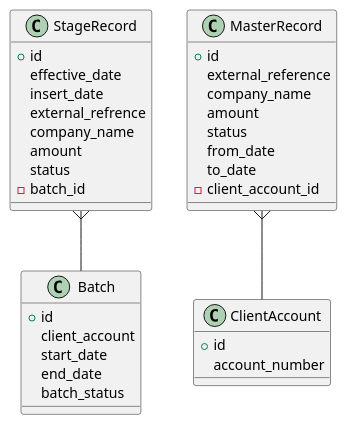
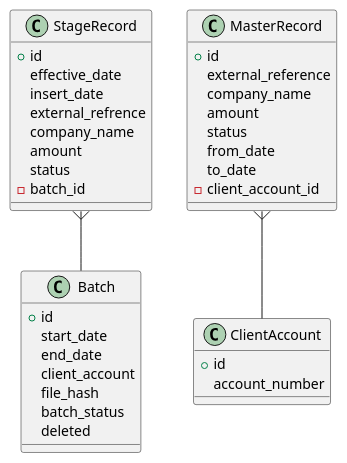
The diagram in docs/database_design.puml (mariusvrstr/Python-SCD-ETL), drawn with PlantUML before and after one commit. The commit also changed 1 other file, not shown here.

```diff
--- a/docs/database_design.puml
+++ b/docs/database_design.puml
@@ -1,41 +1,43 @@
 @startuml ERD Design
 
 class StageRecord {
     +id
     effective_date
     insert_date
     external_refrence
     company_name
     amount
     status
     -batch_id
 }
 
 class Batch {
-    +id
-    client_account
+    +id    
     start_date
     end_date
+    client_account
+    file_hash
     batch_status
+    deleted
 }
 
 class MasterRecord {
     +id
     external_reference
     company_name
     amount
     status
     from_date
     to_date
     -client_account_id
 }
 
 class ClientAccount {
     +id
     account_number
 }
 
 StageRecord }-- Batch
 MasterRecord }-- ClientAccount
 
 @enduml
```
